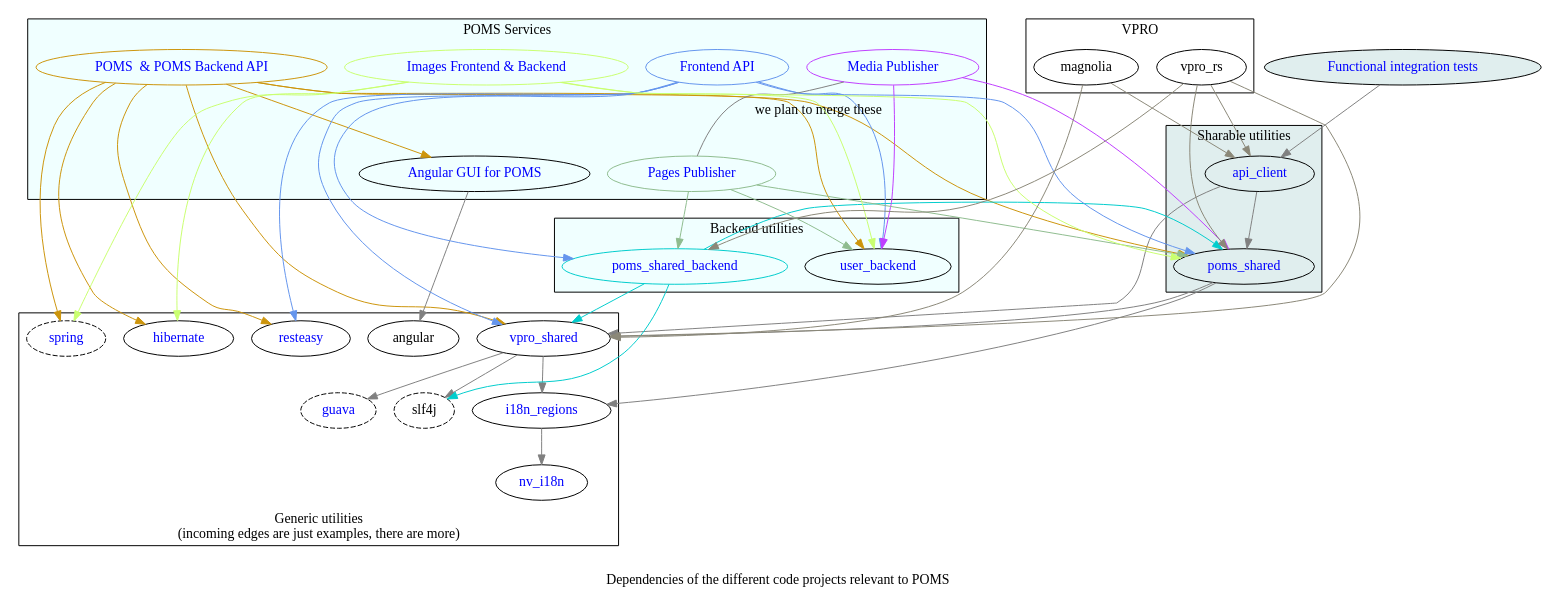
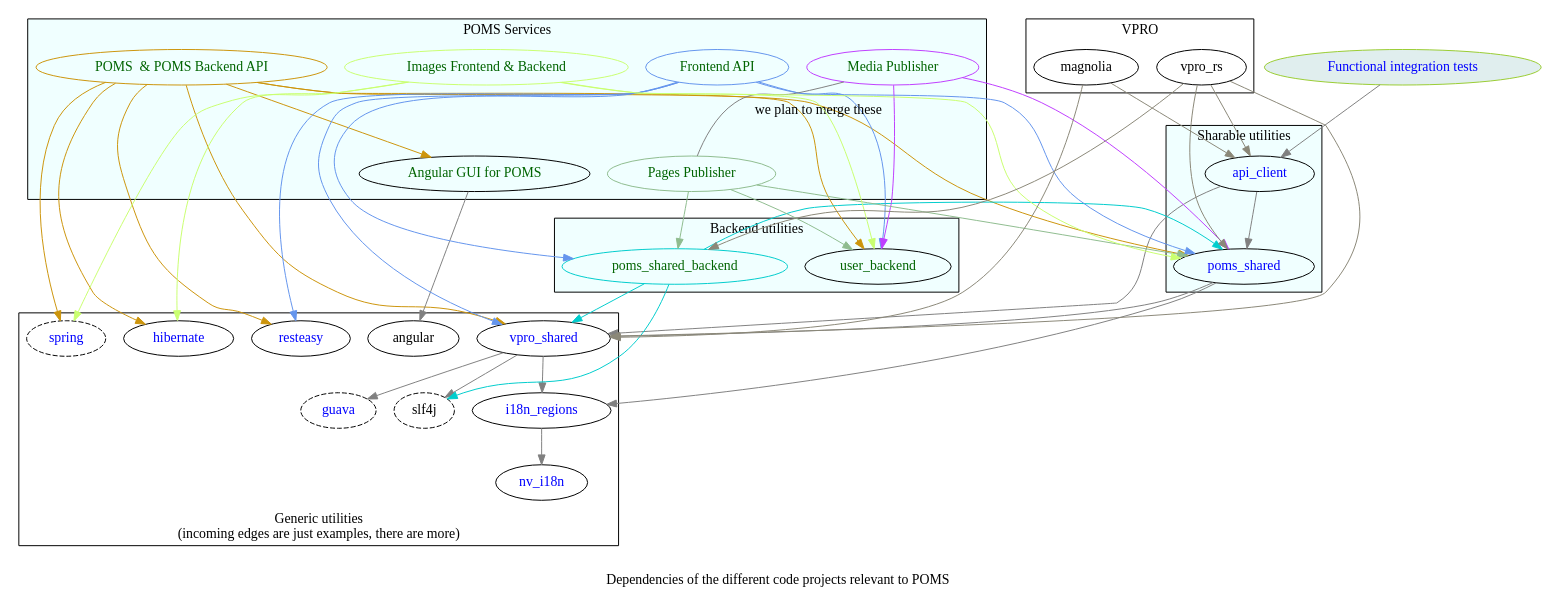
The diagram in poms-dependencies.dot (npo-poms/poms-parent), drawn with Graphviz before and after one commit. The commit also changed 3 other files, not shown here.

```diff
--- a/poms-dependencies.dot
+++ b/poms-dependencies.dot
@@ -3,17 +3,15 @@
   vpro_shared  [
                 href="https://github.com/vpro/vpro-shared"
                 fontcolor=blue
-
                 ]
   poms_shared  [
                 href="https://github.com/npo-poms/poms-shared"
                 fontcolor=blue
-   ]
+  ]
    i18n_regions  [
                 href="https://github.com/mihxil/i18n-regions"
                 fontcolor=blue
-
-                ]
+   ]
    nv_i18n  [
       href="https://github.com/TakahikoKawasaki/nv-i18n"
      fontcolor=blue
@@ -45,47 +43,52 @@
   poms_backend [
     label="POMS  & POMS Backend API"
     href="https://subversion.vpro.nl/viewvc/nl/vpro/media"
-    fontcolor=blue color=darkgoldenrod3
+    fontcolor=darkgreen
+    color=darkgoldenrod3
   ]
   poms_gui [
     label="Angular GUI for POMS"
     href="https://subversion.vpro.nl/viewvc/nl/vpro/media-gui"
-    fontcolor=blue
+    fontcolor=darkgreen
   ]
   poms_shared_backend [
     href="https://subversion.vpro.nl/viewvc/nl/publiekeomroep/poms-shared-backend/"
-   fontcolor=blue color=cyan3
+   fontcolor=darkgreen
+   color=cyan3
   ]
   api [
      label="Frontend API"
      href="https://subversion.vpro.nl/viewvc/nl/vpro/api/"
-     fontcolor=blue color=cornflowerblue
+     fontcolor=darkgreen
+     color=cornflowerblue
   ]
   media_publish [
     label="Media Publisher"
     href="https://subversion.vpro.nl/viewvc/nl/publiekeomroep/npo-publish/"
-    fontcolor=blue
+    fontcolor=darkgreen
     color=darkorchid1
   ]
   pages_publish [
     label="Pages Publisher"
     href="https://subversion.vpro.nl/viewvc/nl/vpro/pages-publish/"
-    fontcolor=blue color=darkseagreen
+    fontcolor=darkgreen
+    color=darkseagreen
   ]
   user_backend [
     href="https://subversion.vpro.nl/repo/nl/vpro/user"
-    fontcolor=blue
+    fontcolor=darkgreen
   ]
   images [
     label="Images Frontend & Backend"
     href="https://subversion.vpro.nl/viewvc/nl/vpro/images/"
-    fontcolor=blue color=darkolivegreen1
+    fontcolor=darkgreen
+    color=darkolivegreen1
   ]
   functional_tests [
     label="Functional integration tests"
     href="https://github.com/npo-poms/functional-tests"
     fontcolor=blue
-    color=black
+    color=yellowgreen
     fillcolor=azure2
     style=filled
   ]
@@ -143,7 +146,7 @@
 
   subgraph cluster_4  {
     label="Sharable utilities"
-    bgcolor=azure2
+    bgcolor=azure
     api_client
     poms_shared
   }
```
